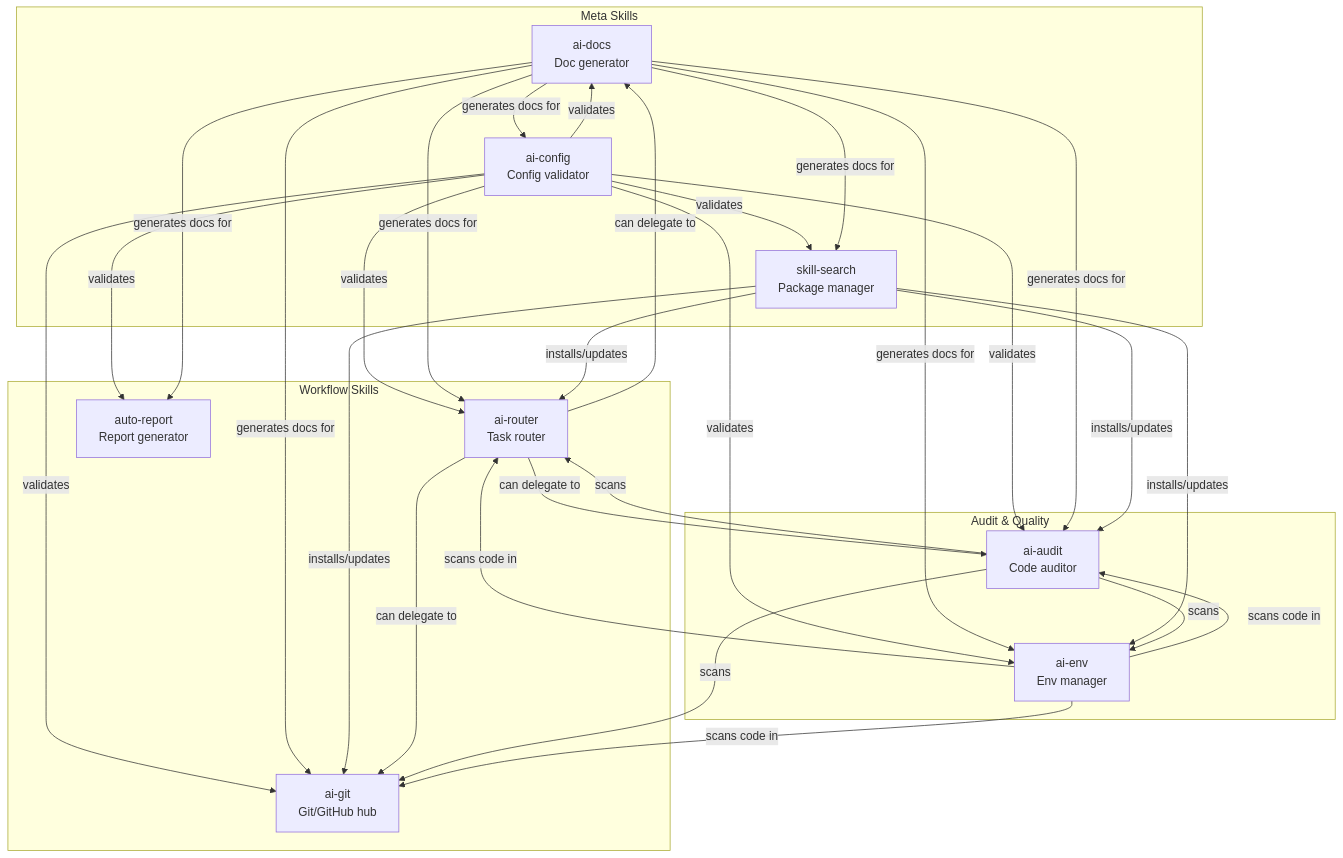
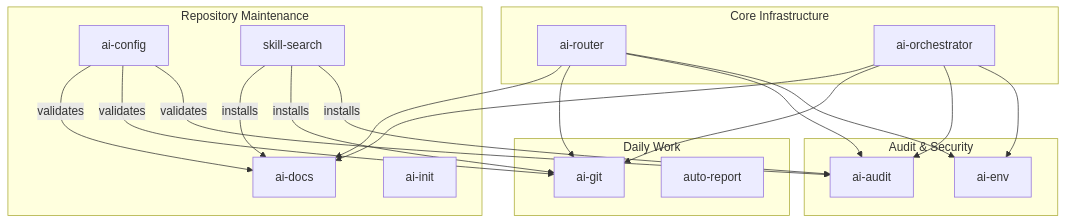
Before and after one commit to Echeq/myAI-Skills: the diagram in docs/diagrams/skill-ecosystem.md, drawn with Mermaid. The commit also changed other lines of this file and 27 other files, not shown here.

````diff
--- a/docs/diagrams/skill-ecosystem.md
+++ b/docs/diagrams/skill-ecosystem.md
@@ -5,53 +9,36 @@
 ```mermaid
 %%{init: { 'flowchart': { 'useMaxWidth': true }, 'themeCSS': '.mermaid svg { max-width: 100% !important; height: auto !important; }' } }%%
-flowchart TD
-    subgraph Meta["Meta Skills"]
-        AI_DOCS[ai-docs<br/>Doc generator]
-        AI_CONFIG[ai-config<br/>Config validator]
-        SKILL_SEARCH[skill-search<br/>Package manager]
+flowchart TB
+    subgraph Core["Core Infrastructure"]
+        R[ai-router]
+        O[ai-orchestrator]
     end
-
-    subgraph Workflow["Workflow Skills"]
-        AI_GIT[ai-git<br/>Git/GitHub hub]
-        AI_ROUTER[ai-router<br/>Task router]
-        AUTO_REPORT[auto-report<br/>Report generator]
+    subgraph Meta["Repository Maintenance"]
+        D[ai-docs]
+        C[ai-config]
+        S[skill-search]
+        I[ai-init]
     end
-
-    subgraph Audit["Audit & Quality"]
-        AI_AUDIT[ai-audit<br/>Code auditor]
-        AI_ENV[ai-env<br/>Env manager]
+    subgraph Workflow["Daily Work"]
+        G[ai-git]
+        A[auto-report]
     end
-
-    AI_CONFIG -- validates --> AI_DOCS
-    AI_CONFIG -- validates --> AI_GIT
-    AI_CONFIG -- validates --> AI_ROUTER
-    AI_CONFIG -- validates --> AUTO_REPORT
-    AI_CONFIG -- validates --> AI_AUDIT
-    AI_CONFIG -- validates --> AI_ENV
-    AI_CONFIG -- validates --> SKILL_SEARCH
-
-    AI_DOCS -- generates docs for --> AI_GIT
-    AI_DOCS -- generates docs for --> AI_ROUTER
-    AI_DOCS -- generates docs for --> AUTO_REPORT
-    AI_DOCS -- generates docs for --> AI_AUDIT
-    AI_DOCS -- generates docs for --> AI_ENV
-    AI_DOCS -- generates docs for --> AI_CONFIG
-    AI_DOCS -- generates docs for --> SKILL_SEARCH
-
-    SKILL_SEARCH -- installs/updates --> AI_GIT
-    SKILL_SEARCH -- installs/updates --> AI_ROUTER
-    SKILL_SEARCH -- installs/updates --> AI_AUDIT
-    SKILL_SEARCH -- installs/updates --> AI_ENV
-
-    AI_ROUTER -- can delegate to --> AI_AUDIT
-    AI_ROUTER -- can delegate to --> AI_GIT
-    AI_ROUTER -- can delegate to --> AI_DOCS
-
-    AI_AUDIT -- scans --> AI_GIT
-    AI_AUDIT -- scans --> AI_ENV
-    AI_AUDIT -- scans --> AI_ROUTER
-
-    AI_ENV -- scans code in --> AI_AUDIT
-    AI_ENV -- scans code in --> AI_GIT
-    AI_ENV -- scans code in --> AI_ROUTER
+    subgraph Security["Audit & Security"]
+        AU[ai-audit]
+        E[ai-env]
+    end
+    R --> D
+    R --> G
+    R --> AU
+    R --> E
+    O --> D
+    O --> G
+    O --> AU
+    O --> E
+    S -->|installs| D
+    S -->|installs| G
+    S -->|installs| AU
+    C -->|validates| D
+    C -->|validates| G
+    C -->|validates| AU
 ```
````
